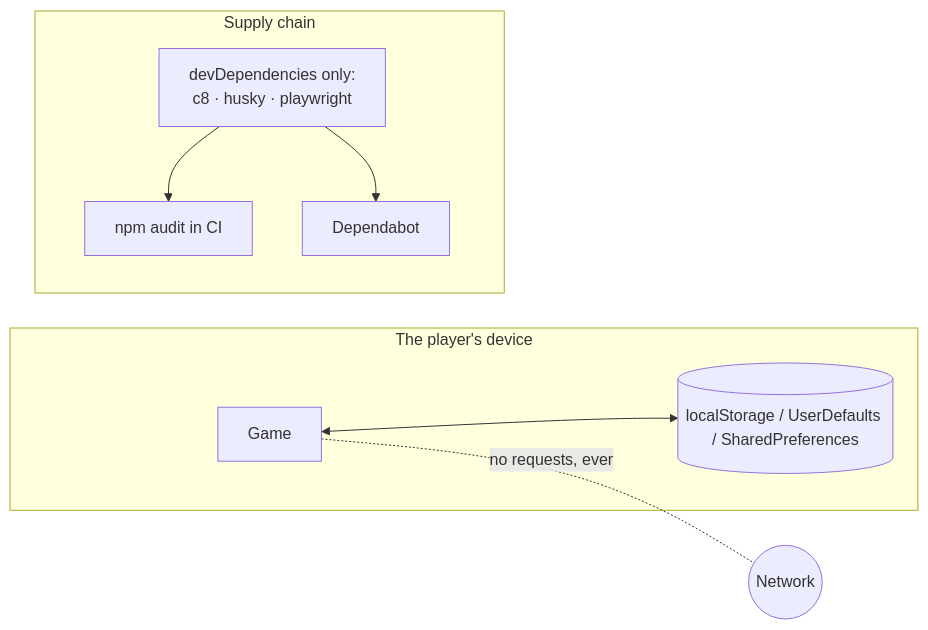
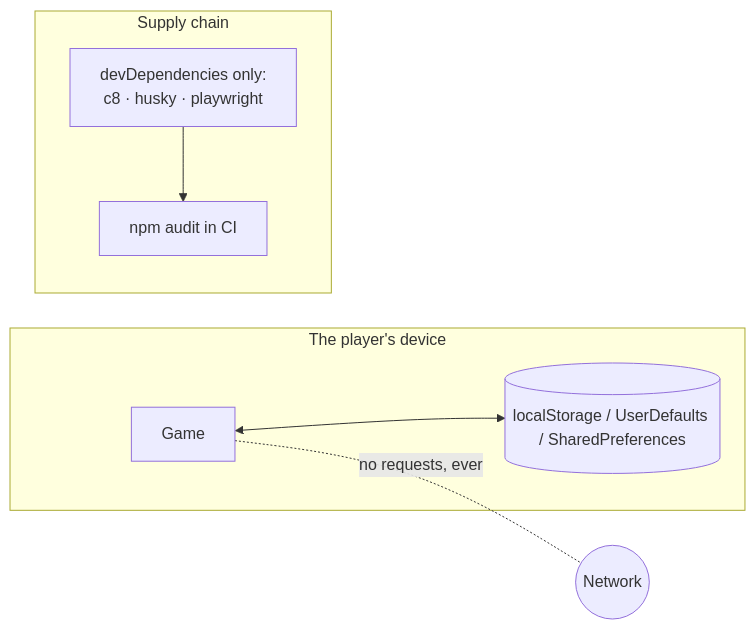
One commit to hoangsonww/2048-Game changed diagram 37 of 38 in ARCHITECTURE.md. Above: the diagram before and after it, drawn with Mermaid. The commit also changed other lines of this file and 4 other files, not shown here.

````diff
--- a/ARCHITECTURE.md
+++ b/ARCHITECTURE.md
@@ -1413,19 +1413,17 @@
 ```mermaid
 flowchart LR
     subgraph Device[The player's device]
         App[Game]
         Store[(localStorage / UserDefaults / SharedPreferences)]
         App <--> Store
     end
 
     Net((Network))
     App -. "no requests, ever" .- Net
 
     subgraph Supply[Supply chain]
         Dep["devDependencies only:<br/>c8 · husky · playwright"]
         Audit[npm audit in CI]
-        Bot[Dependabot]
         Dep --> Audit
-        Dep --> Bot
     end
 ```
````
